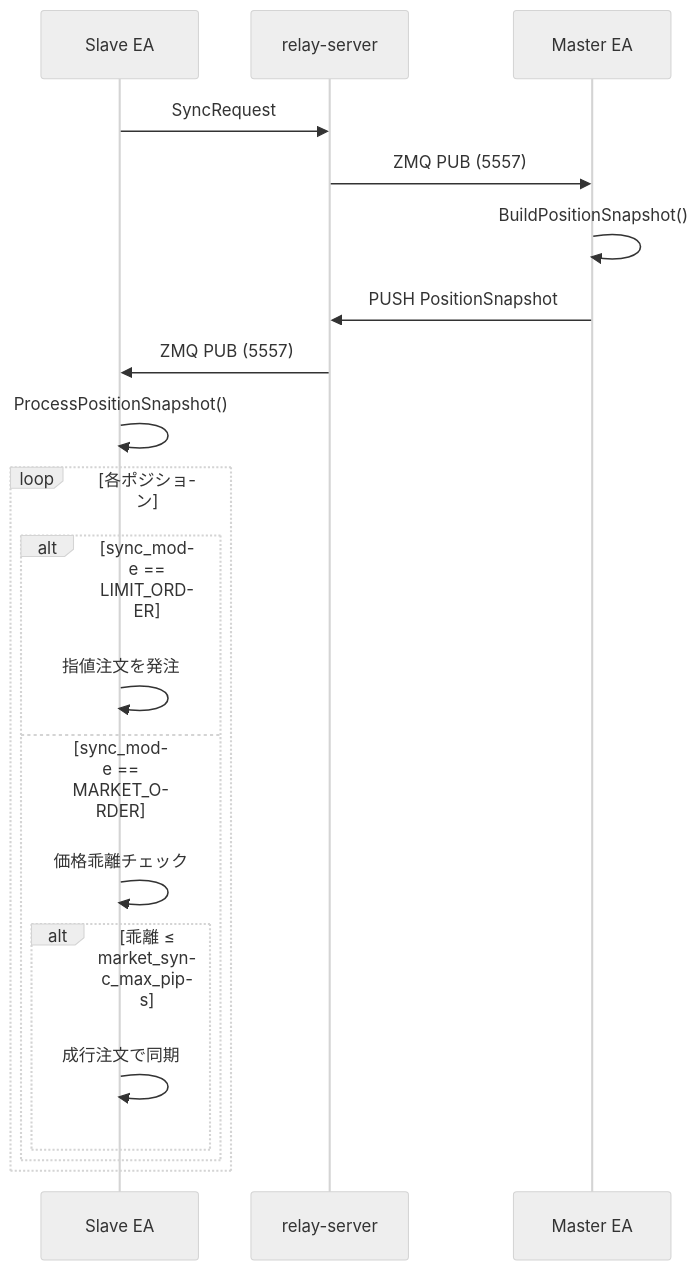
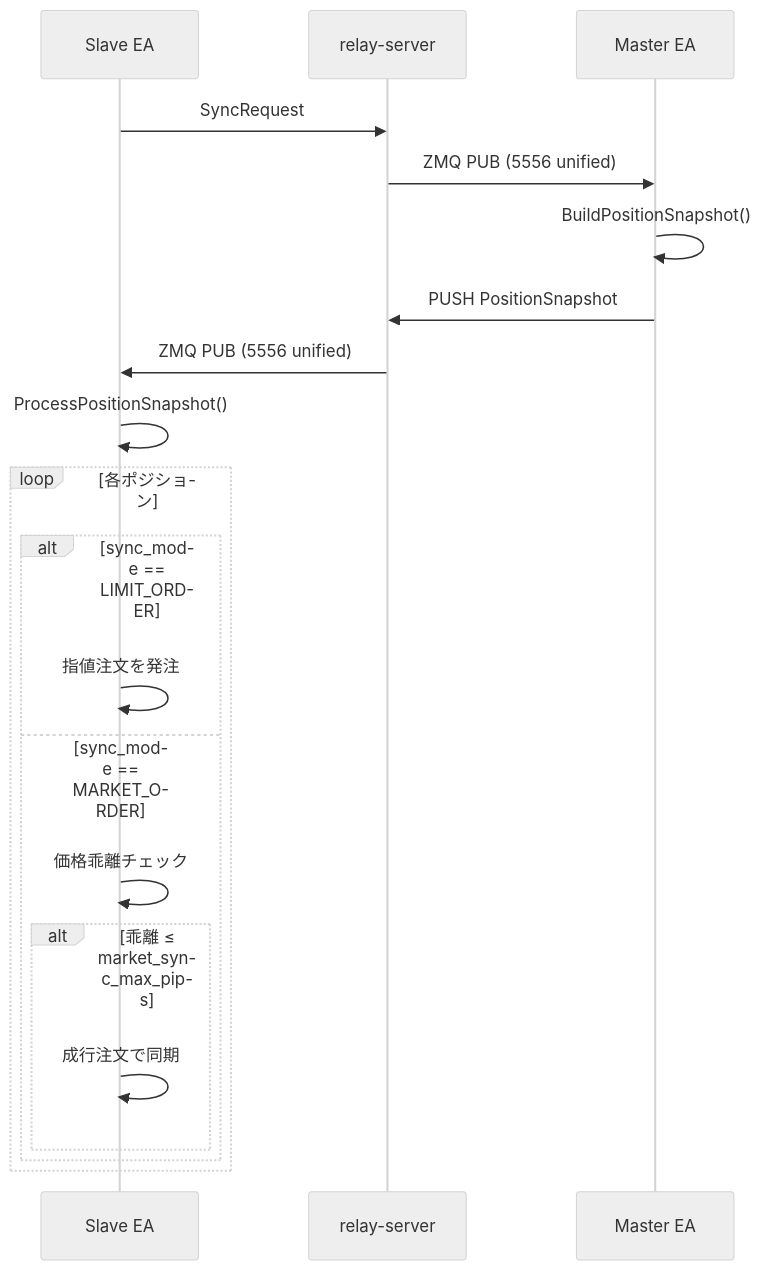
The seventh of 7 diagrams in docs/mt-advisors.md (poruru210/sankey-copier), drawn with Mermaid (neutral theme) before and after one commit. The commit also changed other lines of this file and 35 other files, not shown here.

````diff
--- a/docs/mt-advisors.md
+++ b/docs/mt-advisors.md
@@ -354,25 +352,25 @@
 ```mermaid
 sequenceDiagram
     participant SEA as Slave EA
     participant RS as relay-server
     participant MEA as Master EA
 
     SEA->>RS: SyncRequest
-    RS->>MEA: ZMQ PUB (5557)
+    RS->>MEA: ZMQ PUB (5556 unified)
     MEA->>MEA: BuildPositionSnapshot()
     MEA->>RS: PUSH PositionSnapshot
-    RS->>SEA: ZMQ PUB (5557)
+    RS->>SEA: ZMQ PUB (5556 unified)
 
     SEA->>SEA: ProcessPositionSnapshot()
 
     loop 各ポジション
         alt sync_mode == LIMIT_ORDER
             SEA->>SEA: 指値注文を発注
         else sync_mode == MARKET_ORDER
             SEA->>SEA: 価格乖離チェック
             alt 乖離 ≤ market_sync_max_pips
                 SEA->>SEA: 成行注文で同期
             end
         end
     end
 ```
````
